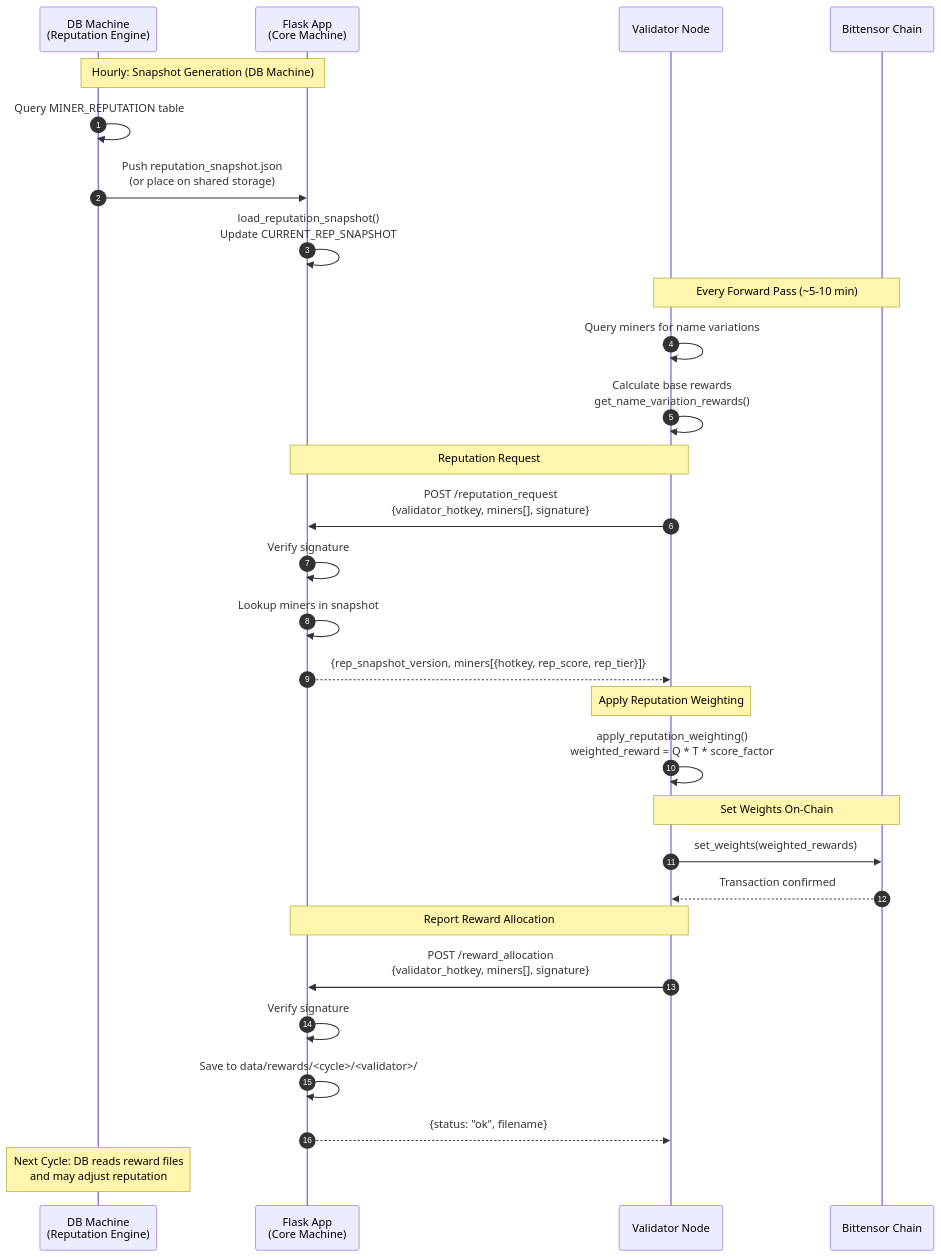
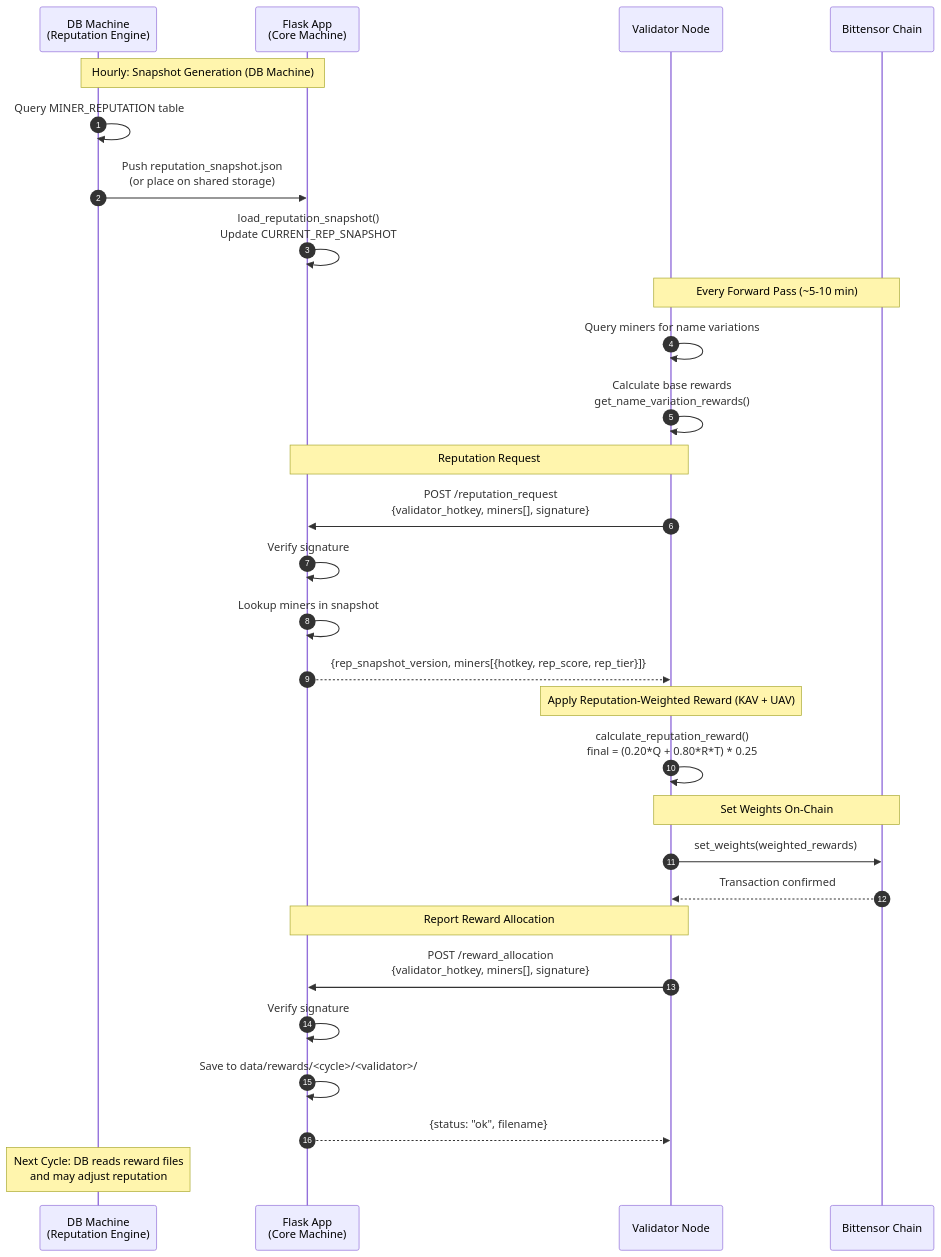
Before and after one commit to yanez-compliance/MIID-subnet: the diagram in docs/reputation_reward_readme.md, drawn with Mermaid. The commit also changed other lines of this file, not shown here.

````diff
--- a/docs/reputation_reward_readme.md
+++ b/docs/reputation_reward_readme.md
@@ -80,38 +83,38 @@
 ```mermaid
 sequenceDiagram
     autonumber
     participant DB as DB Machine<br/>(Reputation Engine)
     participant FLASK as Flask App<br/>(Core Machine)
     participant VAL as Validator Node
     participant CHAIN as Bittensor Chain
 
     Note over DB,FLASK: Hourly: Snapshot Generation (DB Machine)
     DB->>DB: Query MINER_REPUTATION table
     DB->>FLASK: Push reputation_snapshot.json<br/>(or place on shared storage)
     FLASK->>FLASK: load_reputation_snapshot()<br/>Update CURRENT_REP_SNAPSHOT
 
     Note over VAL,CHAIN: Every Forward Pass (~5-10 min)
     VAL->>VAL: Query miners for name variations
     VAL->>VAL: Calculate base rewards<br/>get_name_variation_rewards()
 
     Note over VAL,FLASK: Reputation Request
     VAL->>FLASK: POST /reputation_request<br/>{validator_hotkey, miners[], signature}
     FLASK->>FLASK: Verify signature
     FLASK->>FLASK: Lookup miners in snapshot
     FLASK-->>VAL: {rep_snapshot_version, miners[{hotkey, rep_score, rep_tier}]}
 
-    Note over VAL: Apply Reputation Weighting
-    VAL->>VAL: apply_reputation_weighting()<br/>weighted_reward = Q * T * score_factor
+    Note over VAL: Apply Reputation-Weighted Reward (KAV + UAV)
+    VAL->>VAL: calculate_reputation_reward()<br/>final = (0.20*Q + 0.80*R*T) * 0.25
 
     Note over VAL,CHAIN: Set Weights On-Chain
     VAL->>CHAIN: set_weights(weighted_rewards)
     CHAIN-->>VAL: Transaction confirmed
 
     Note over VAL,FLASK: Report Reward Allocation
     VAL->>FLASK: POST /reward_allocation<br/>{validator_hotkey, miners[], signature}
     FLASK->>FLASK: Verify signature
     FLASK->>FLASK: Save to data/rewards/<cycle>/<validator>/
     FLASK-->>VAL: {status: "ok", filename}
 
     Note over DB: Next Cycle: DB reads reward files<br/>and may adjust reputation
 ```
````
